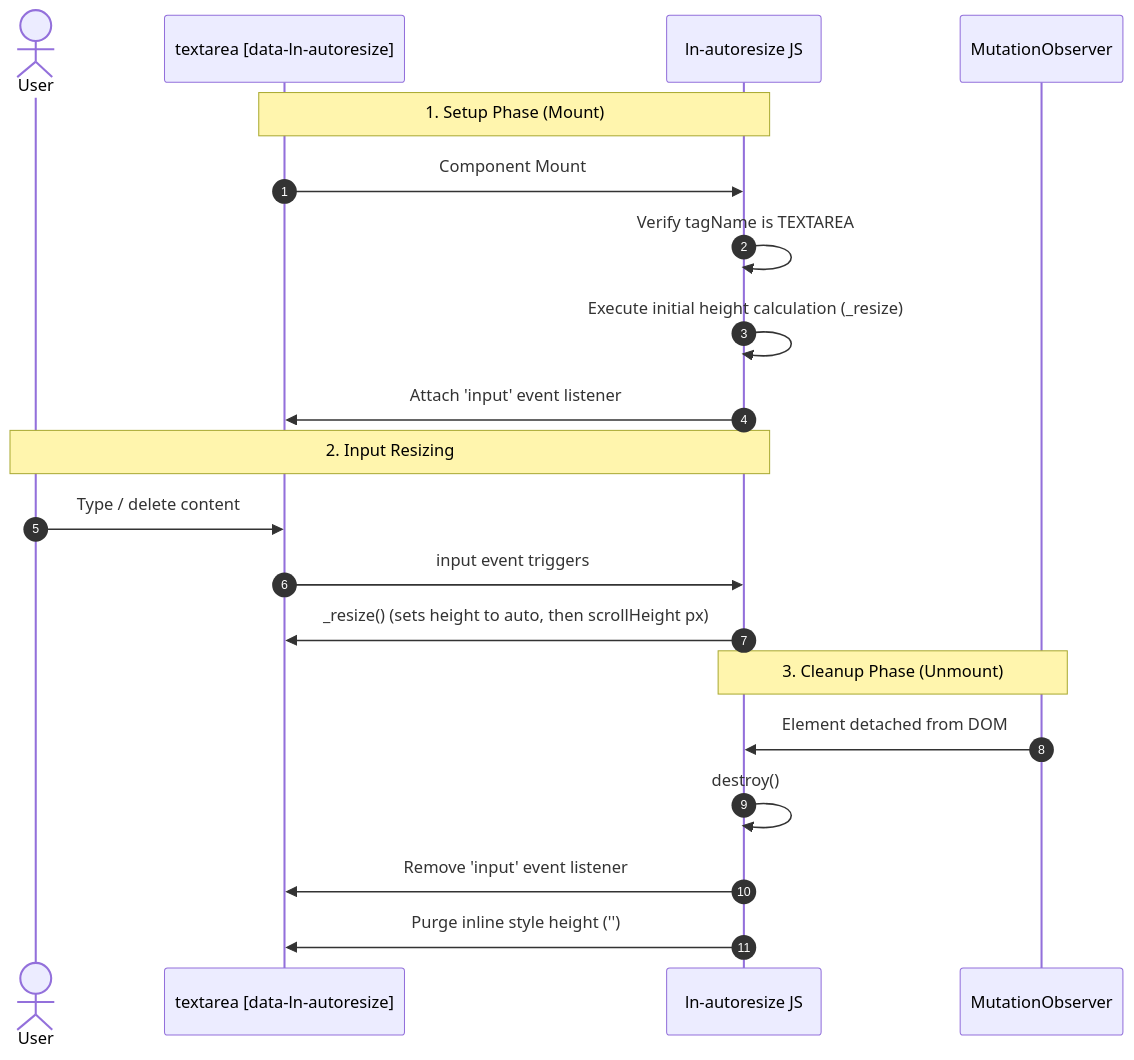
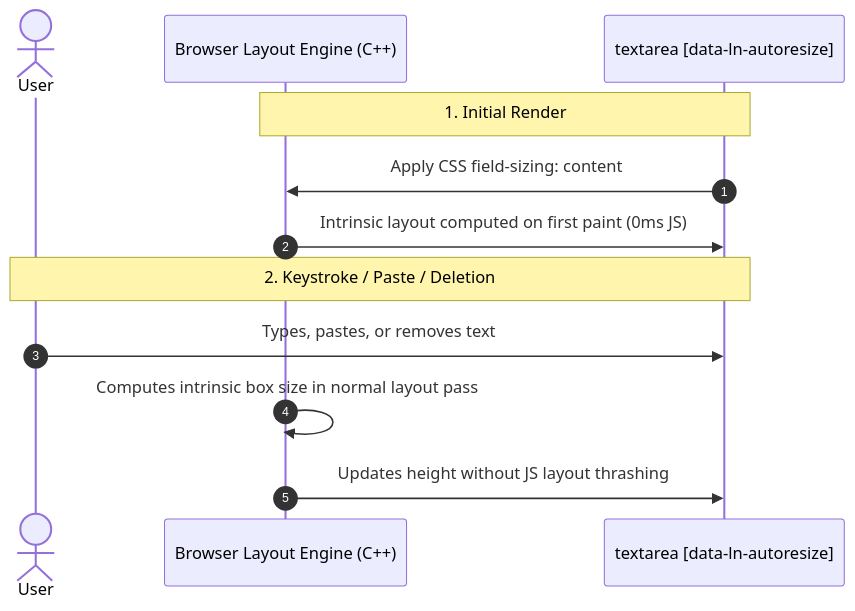
The diagram in docs-mcp/components/ln-autoresize.md (livenetworks/ln-ashlar), drawn with Mermaid before and after one commit. The commit also changed other lines of this file and 110 other files, not shown here.

````diff
--- a/docs-mcp/components/ln-autoresize.md
+++ b/docs-mcp/components/ln-autoresize.md
@@ -127,25 +136,16 @@
 ```mermaid
 sequenceDiagram
     autonumber
     actor User as User
-    participant Textarea as textarea [data-ln-autoresize]
-    participant Component as ln-autoresize JS
-    participant Observer as MutationObserver
+    participant Browser as Browser Layout Engine (C++)
+    participant DOM as textarea [data-ln-autoresize]
 
-    Note over Textarea, Component: 1. Setup Phase (Mount)
-    Textarea->>Component: Component Mount
-    Component->>Component: Verify tagName is TEXTAREA
-    Component->>Component: Execute initial height calculation (_resize)
-    Component->>Textarea: Attach 'input' event listener
+    Note over Browser, DOM: 1. Initial Render
+    DOM->>Browser: Apply CSS field-sizing: content
+    Browser->>DOM: Intrinsic layout computed on first paint (0ms JS)
 
-    Note over User, Component: 2. Input Resizing
-    User->>Textarea: Type / delete content
-    Textarea->>Component: input event triggers
-    Component->>Textarea: _resize() (sets height to auto, then scrollHeight px)
-
-    Note over Observer, Component: 3. Cleanup Phase (Unmount)
-    Observer->>Component: Element detached from DOM
-    Component->>Component: destroy()
-    Component->>Textarea: Remove 'input' event listener
-    Component->>Textarea: Purge inline style height ('')
+    Note over User, DOM: 2. Keystroke / Paste / Deletion
+    User->>DOM: Types, pastes, or removes text
+    Browser->>Browser: Computes intrinsic box size in normal layout pass
+    Browser->>DOM: Updates height without JS layout thrashing
 ```
````
